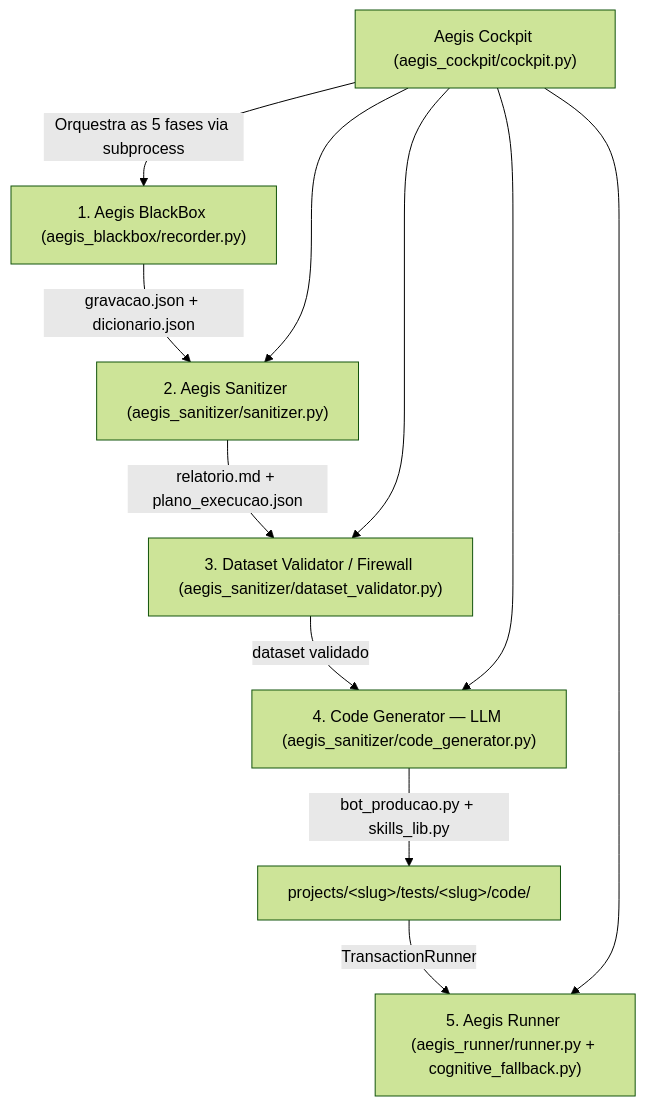
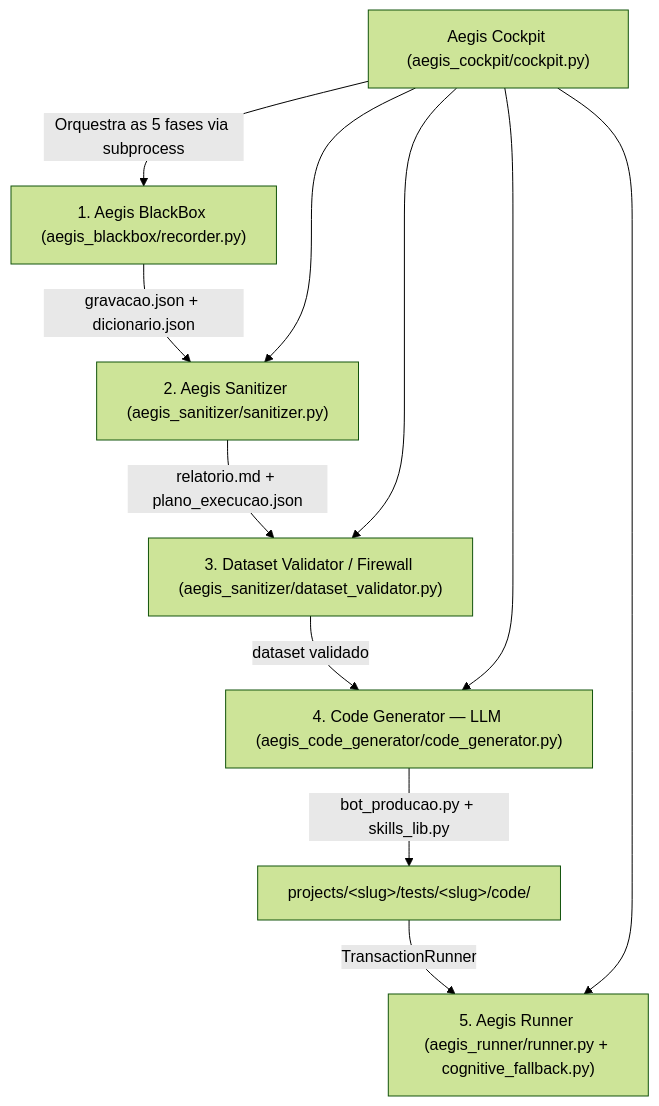
One commit to dseto/aegis_rpa_suite changed the diagram in docs/aegis_architecture_manual.md. Above: the diagram before and after it, drawn with Mermaid (forest theme). The commit also changed other lines of this file and 29 other files, not shown here.

First line of the commit message:
refactor: separa aegis_code_generator de aegis_sanitizer em modulo proprio

````diff
--- a/docs/aegis_architecture_manual.md
+++ b/docs/aegis_architecture_manual.md
@@ -47,13 +47,13 @@
 ```mermaid
 graph TD
     A["1. Aegis BlackBox (aegis_blackbox/recorder.py)"] -->|gravacao.json + dicionario.json| B["2. Aegis Sanitizer (aegis_sanitizer/sanitizer.py)"]
     B -->|relatorio.md + plano_execucao.json| C["3. Dataset Validator / Firewall (aegis_sanitizer/dataset_validator.py)"]
-    C -->|dataset validado| D["4. Code Generator — LLM (aegis_sanitizer/code_generator.py)"]
+    C -->|dataset validado| D["4. Code Generator — LLM (aegis_code_generator/code_generator.py)"]
     D -->|bot_producao.py + skills_lib.py| E["projects/&lt;slug&gt;/tests/&lt;slug&gt;/code/"]
     E -->|TransactionRunner| F["5. Aegis Runner (aegis_runner/runner.py + cognitive_fallback.py)"]
     G["Aegis Cockpit (aegis_cockpit/cockpit.py)"] -->|Orquestra as 5 fases via subprocess| A
     G --> B
     G --> C
     G --> D
     G --> F
 ```
````
